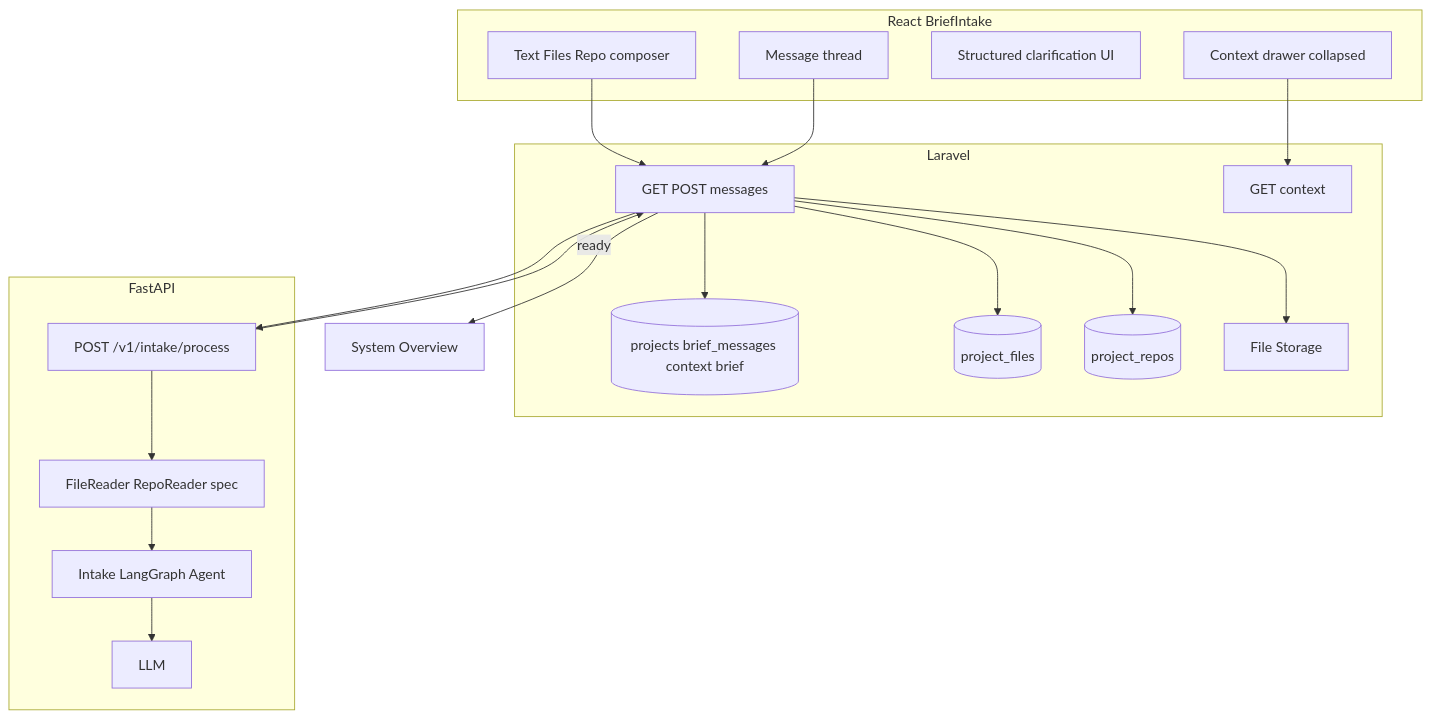
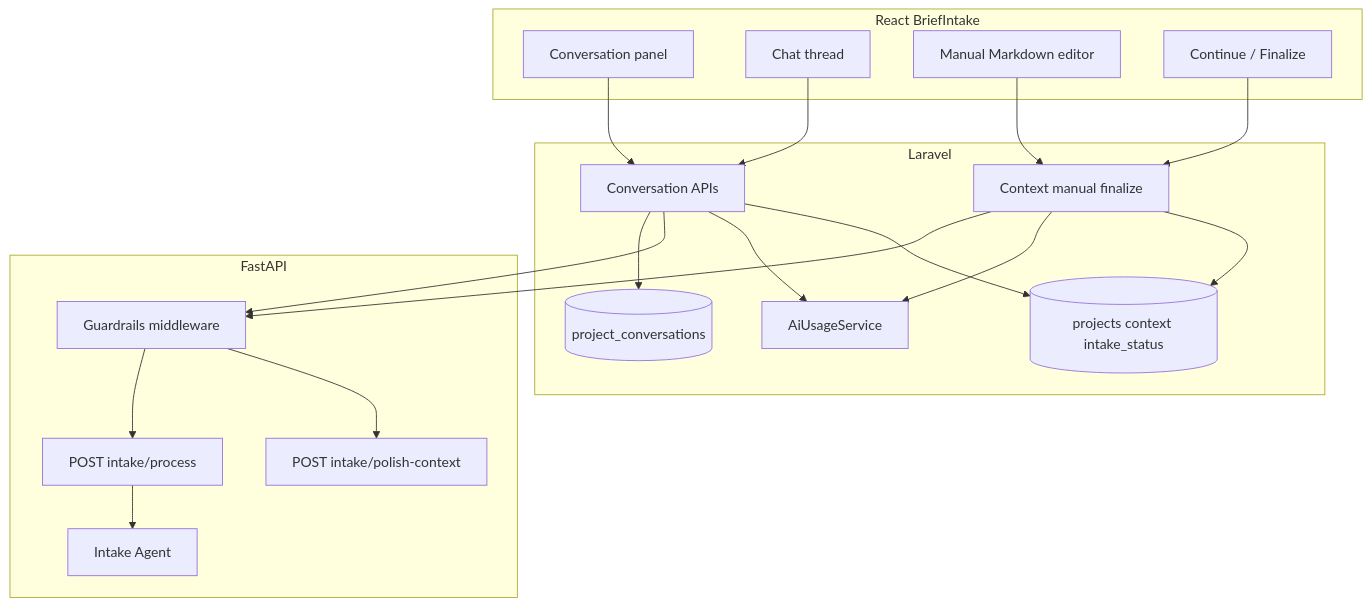
Before and after one commit to MohamedThabt/sirius: the second of 5 diagrams in docs/v0.2/v0.2.1/use-cases/uc-001-flexible-brief-intake.md, drawn with Mermaid. The commit also changed other lines of this file and 1 other file, not shown here.

First line of the commit message:
feat: add DB migration plan for Project Intake context

````diff
--- a/docs/v0.2/v0.2.1/use-cases/uc-001-flexible-brief-intake.md
+++ b/docs/v0.2/v0.2.1/use-cases/uc-001-flexible-brief-intake.md
@@ -603,39 +700,39 @@
 ```mermaid
 flowchart TB
     subgraph frontend [React BriefIntake]
-        Composer[Text Files Repo composer]
-        Chat[Message thread]
-        Clarify[Structured clarification UI]
-        CtxPanel[Context drawer collapsed]
+        ConvPanel[Conversation panel]
+        Chat[Chat thread]
+        Manual[Manual Markdown editor]
+        Finalize[Continue / Finalize]
     end
 
     subgraph laravel [Laravel]
-        MsgAPI[GET POST messages]
-        CtxAPI[GET context]
-        DB[(projects brief_messages context brief)]
-        Files[(project_files)]
-        Repos[(project_repos)]
-        Storage[File Storage]
+        ConvAPI[Conversation APIs]
+        CtxAPI[Context manual finalize]
+        DB[(projects context intake_status)]
+        ConvDB[(project_conversations)]
+        Credits[AiUsageService]
     end
 
     subgraph fastapi [FastAPI]
-        IntakeAPI["POST /v1/intake/process"]
-        Tools[FileReader RepoReader spec]
-        Agent[Intake LangGraph Agent]
-        LLM[LLM]
+        Guard[Guardrails middleware]
+        Process["POST intake/process"]
+        Polish["POST intake/polish-context"]
+        Agent[Intake Agent]
     end
 
-    Composer --> MsgAPI
-    Chat --> MsgAPI
-    CtxPanel --> CtxAPI
-    MsgAPI --> DB
-    MsgAPI --> Files
-    MsgAPI --> Repos
-    MsgAPI --> Storage
-    MsgAPI --> IntakeAPI
-    IntakeAPI --> Tools
-    Tools --> Agent
-    Agent --> LLM
-    IntakeAPI --> MsgAPI
-    MsgAPI -->|ready| Overview[System Overview]
+    ConvPanel --> ConvAPI
+    Chat --> ConvAPI
+    Manual --> CtxAPI
+    Finalize --> CtxAPI
+    ConvAPI --> ConvDB
+    ConvAPI --> Guard
+    Guard --> Process
+    CtxAPI --> Guard
+    Guard --> Polish
+    Process --> Agent
+    ConvAPI --> Credits
+    CtxAPI --> Credits
+    CtxAPI --> DB
+    ConvAPI --> DB
 ```
````
